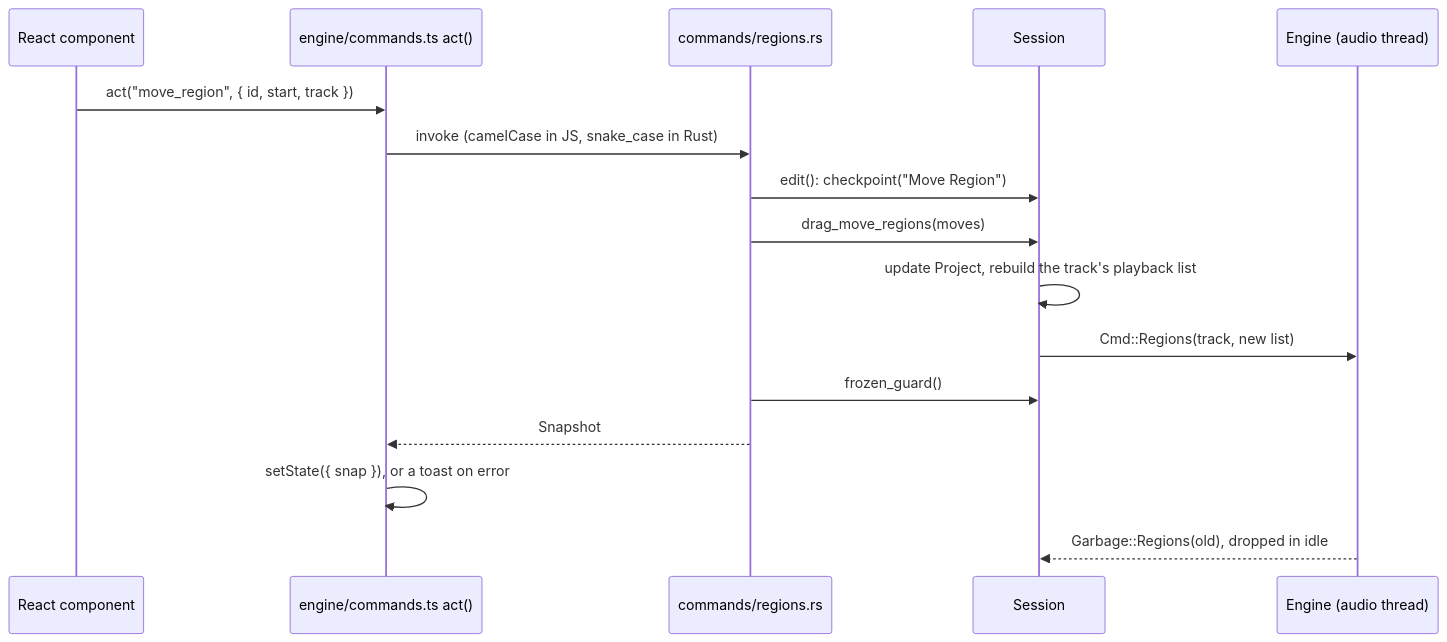
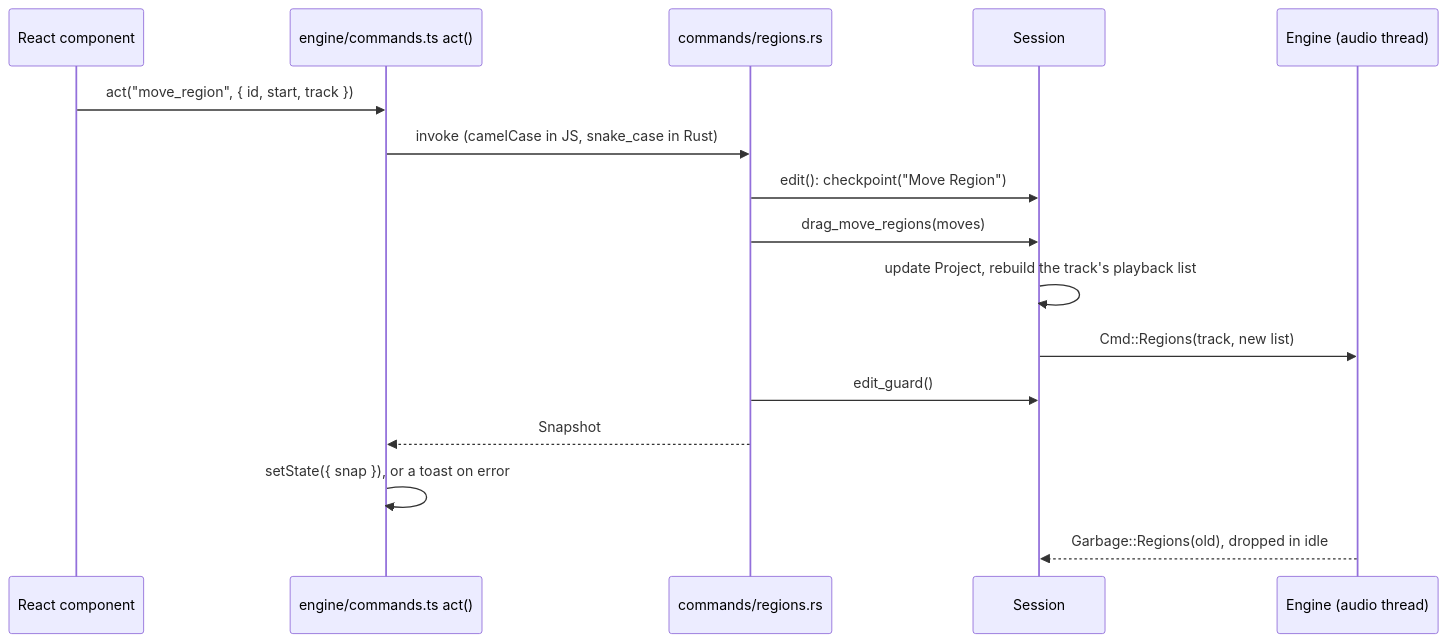
The third of 5 diagrams in docs/ARCHITECTURE.md (JackMechem/marbble), drawn with Mermaid before and after one commit. The commit also changed other lines of this file and 10 other files, not shown here.

````diff
--- a/docs/ARCHITECTURE.md
+++ b/docs/ARCHITECTURE.md
@@ -318,18 +318,18 @@
 ```mermaid
 sequenceDiagram
   participant UI as React component
   participant API as engine/commands.ts act()
   participant C as commands/regions.rs
   participant S as Session
   participant E as Engine (audio thread)
   UI->>API: act("move_region", { id, start, track })
   API->>C: invoke (camelCase in JS, snake_case in Rust)
   C->>S: edit(): checkpoint("Move Region")
   C->>S: drag_move_regions(moves)
   S->>S: update Project, rebuild the track's playback list
   S->>E: Cmd::Regions(track, new list)
-  C->>S: frozen_guard()
+  C->>S: edit_guard()
   C-->>API: Snapshot
   API->>API: setState({ snap }), or a toast on error
   E-->>S: Garbage::Regions(old), dropped in idle
 ```
````
